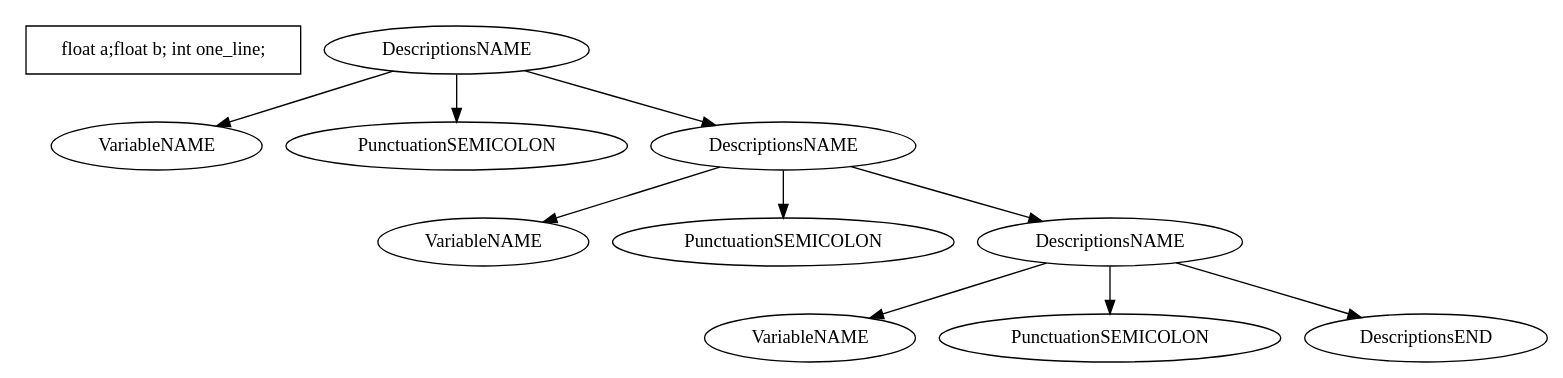
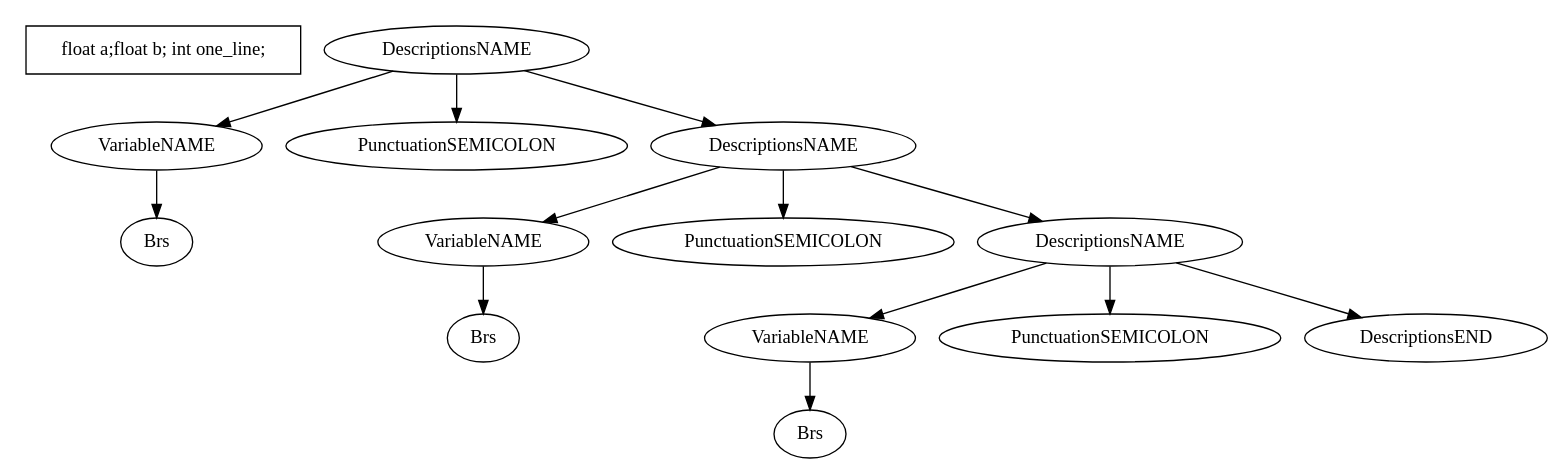
Before and after one commit to DubKoldun/university-courses: the diagram in TranslationMethods/RecursiveParsing/tree/tree7.dot, drawn with Graphviz. The commit also changed 6 other files, not shown here.

Commit message:
✅ generated dotfiles for graphivz

```diff
--- a/TranslationMethods/RecursiveParsing/tree/tree7.dot
+++ b/TranslationMethods/RecursiveParsing/tree/tree7.dot
@@ -1,25 +1,31 @@
 digraph G { 
 	subgraph clusterHeader {
 		margin=0
 		style="invis"
 		HEADER [shape="box" label="float a;float b; int one_line;"];
 	}	1->2;
-	1->3;
+	2->3;
 	1->4;
-	4->5;
-	4->6;
-	4->7;
-	7->8;
-	7->9;
-	7->10;
+	1->5;
+	5->6;
+	6->7;
+	5->8;
+	5->9;
+	9->10;
+	10->11;
+	9->12;
+	9->13;
 	1[label=DescriptionsNAME];
 	2[label=VariableNAME];
-	3[label=PunctuationSEMICOLON];
-	4[label=DescriptionsNAME];
-	5[label=VariableNAME];
-	6[label=PunctuationSEMICOLON];
-	7[label=DescriptionsNAME];
-	8[label=VariableNAME];
-	9[label=PunctuationSEMICOLON];
-	10[label=DescriptionsEND];
+	3[label=Brs];
+	4[label=PunctuationSEMICOLON];
+	5[label=DescriptionsNAME];
+	6[label=VariableNAME];
+	7[label=Brs];
+	8[label=PunctuationSEMICOLON];
+	9[label=DescriptionsNAME];
+	10[label=VariableNAME];
+	11[label=Brs];
+	12[label=PunctuationSEMICOLON];
+	13[label=DescriptionsEND];
 }
```
